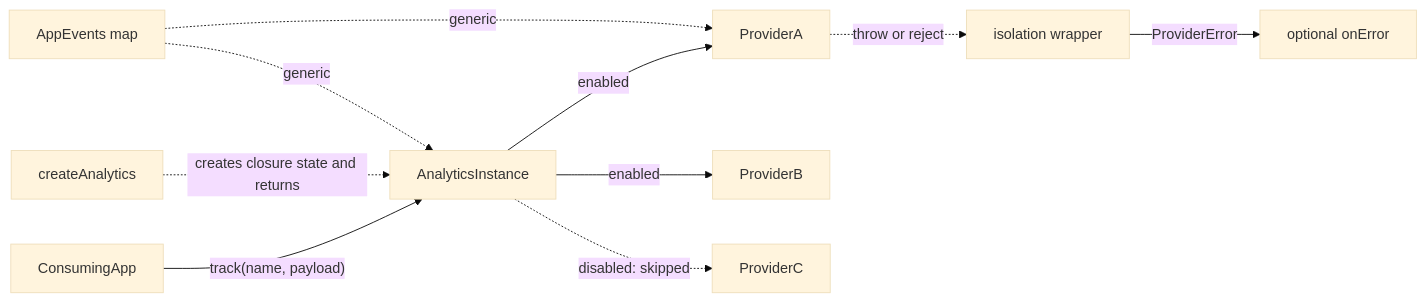
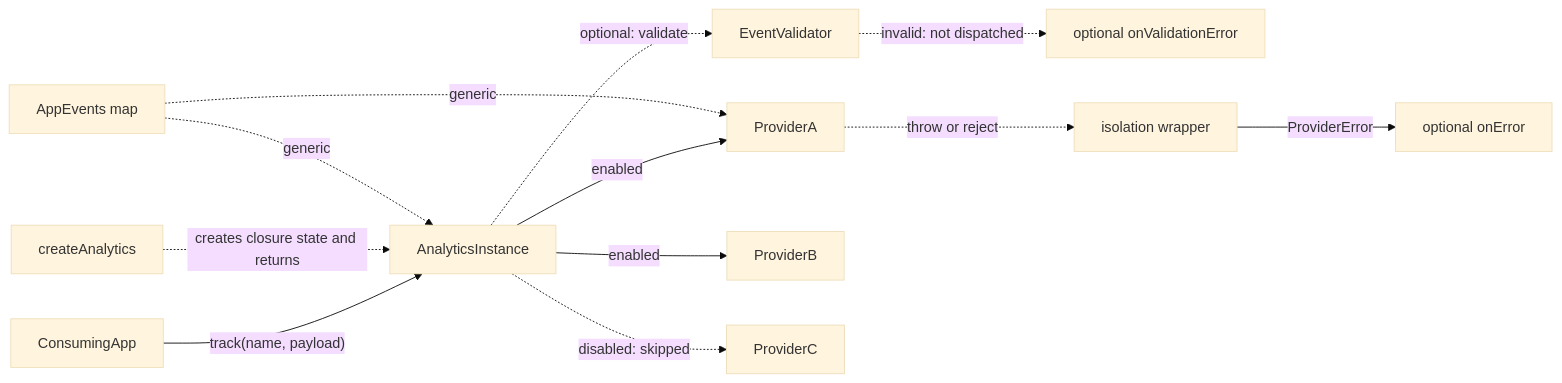
One commit to gharivand/box-multi-tracker changed the first of 2 diagrams in ARCHITECTURE.md. Above: the diagram before and after it, drawn with Mermaid (base theme). The commit also changed other lines of this file and 30 other files, not shown here.

Commit message:
feat: implement optional runtime validation with Zod integration and enhance analytics event handling

````diff
--- a/ARCHITECTURE.md
+++ b/ARCHITECTURE.md
@@ -24,12 +26,14 @@
 ```mermaid
 flowchart LR
   App[ConsumingApp] -->|"track(name, payload)"| Instance[AnalyticsInstance]
   Factory[createAnalytics] -.creates closure state and returns.-> Instance
+  Instance -.->|"optional: validate"| Validator[EventValidator]
+  Validator -.->|"invalid: not dispatched"| OnValidationError[optional onValidationError]
   Instance -->|enabled| ProviderA
   Instance -->|enabled| ProviderB
   Instance -.->|disabled: skipped| ProviderC
   ProviderA -.->|"throw or reject"| Isolation[isolation wrapper]
   Isolation -->|ProviderError| OnError[optional onError]
   AppEvents[AppEvents map] -.generic.-> Instance
   AppEvents -.generic.-> ProviderA
 ```
````
